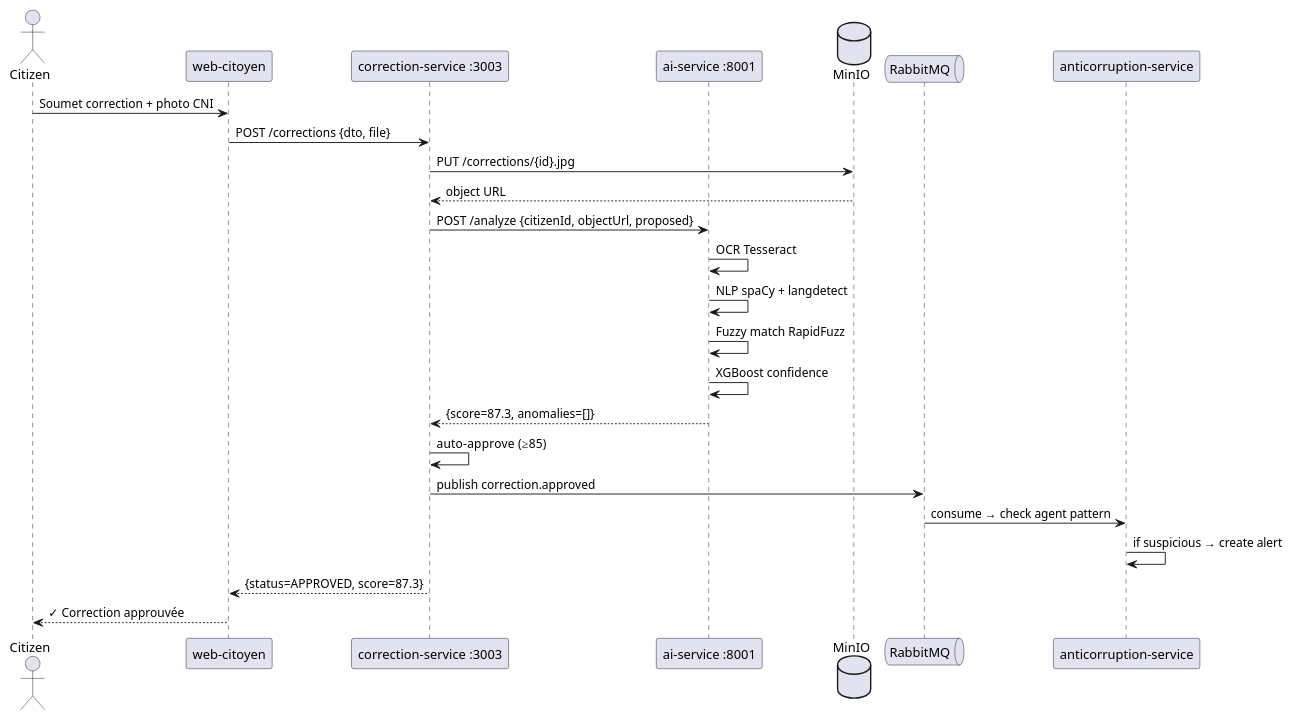
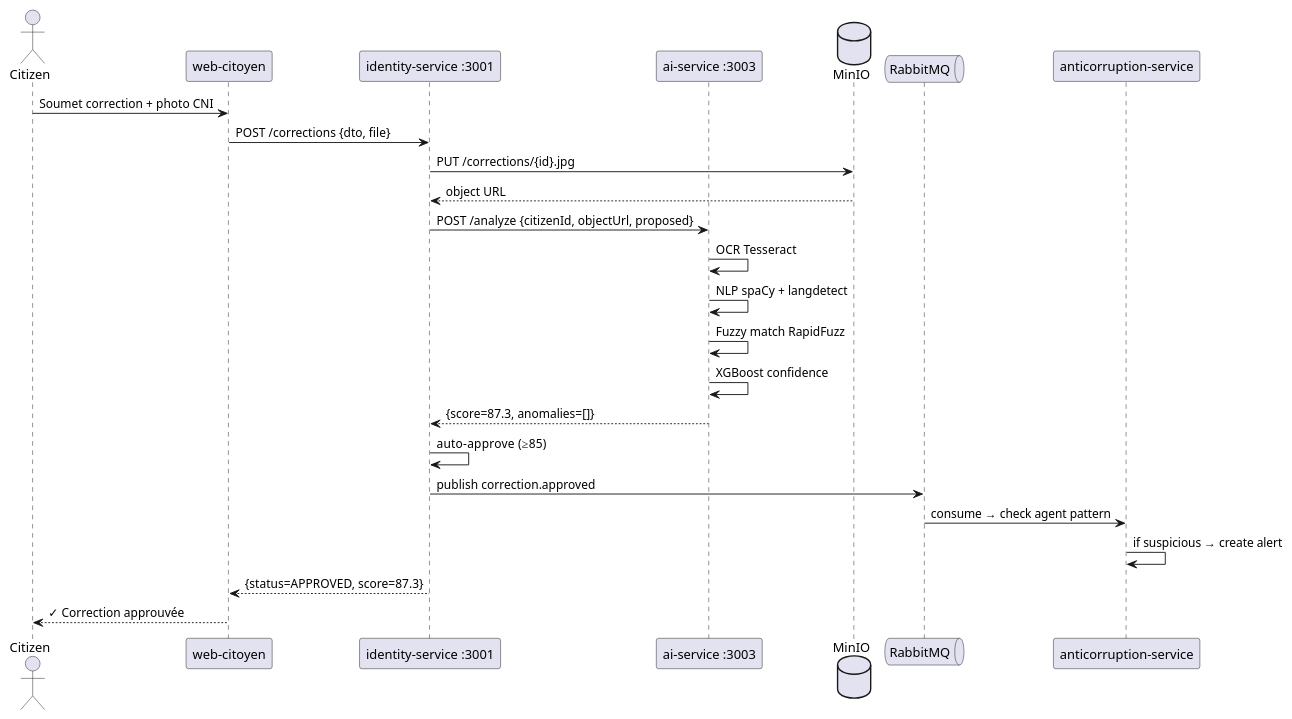
Diagram 27 of 40 in docs/diagrams/99-DIAGRAMMES-PLANTUML.md (TheManInPink/Session-Ete-2026), drawn with PlantUML before and after one commit. The commit also changed other lines of this file and 1 other file, not shown here.

First line of the commit message:
docs: redessiner le diagramme d architecture globale sur l inventaire réel (14 services)

````diff
--- a/docs/diagrams/99-DIAGRAMMES-PLANTUML.md
+++ b/docs/diagrams/99-DIAGRAMMES-PLANTUML.md
@@ -1286,28 +1292,28 @@
 ```plantuml
 @startuml
 actor "Citizen" as Citizen
 participant "web-citoyen" as Web
-participant "correction-service :3003" as Corr
-participant "ai-service :8001" as AI
+participant "identity-service :3001" as Corr
+participant "ai-service :3003" as AI
 database "MinIO" as Minio
 queue "RabbitMQ" as MQ
 participant "anticorruption-service" as AntiC
 
 Citizen -> Web : Soumet correction + photo CNI
 Web -> Corr : POST /corrections {dto, file}
 Corr -> Minio : PUT /corrections/{id}.jpg
 Minio --> Corr : object URL
 Corr -> AI : POST /analyze {citizenId, objectUrl, proposed}
 AI -> AI : OCR Tesseract
 AI -> AI : NLP spaCy + langdetect
 AI -> AI : Fuzzy match RapidFuzz
 AI -> AI : XGBoost confidence
 AI --> Corr : {score=87.3, anomalies=[]}
 Corr -> Corr : auto-approve (≥85)
 Corr -> MQ : publish correction.approved
 MQ -> AntiC : consume → check agent pattern
 AntiC -> AntiC : if suspicious → create alert
 Corr --> Web : {status=APPROVED, score=87.3}
 Web --> Citizen : ✓ Correction approuvée
 @enduml
 ```
````
